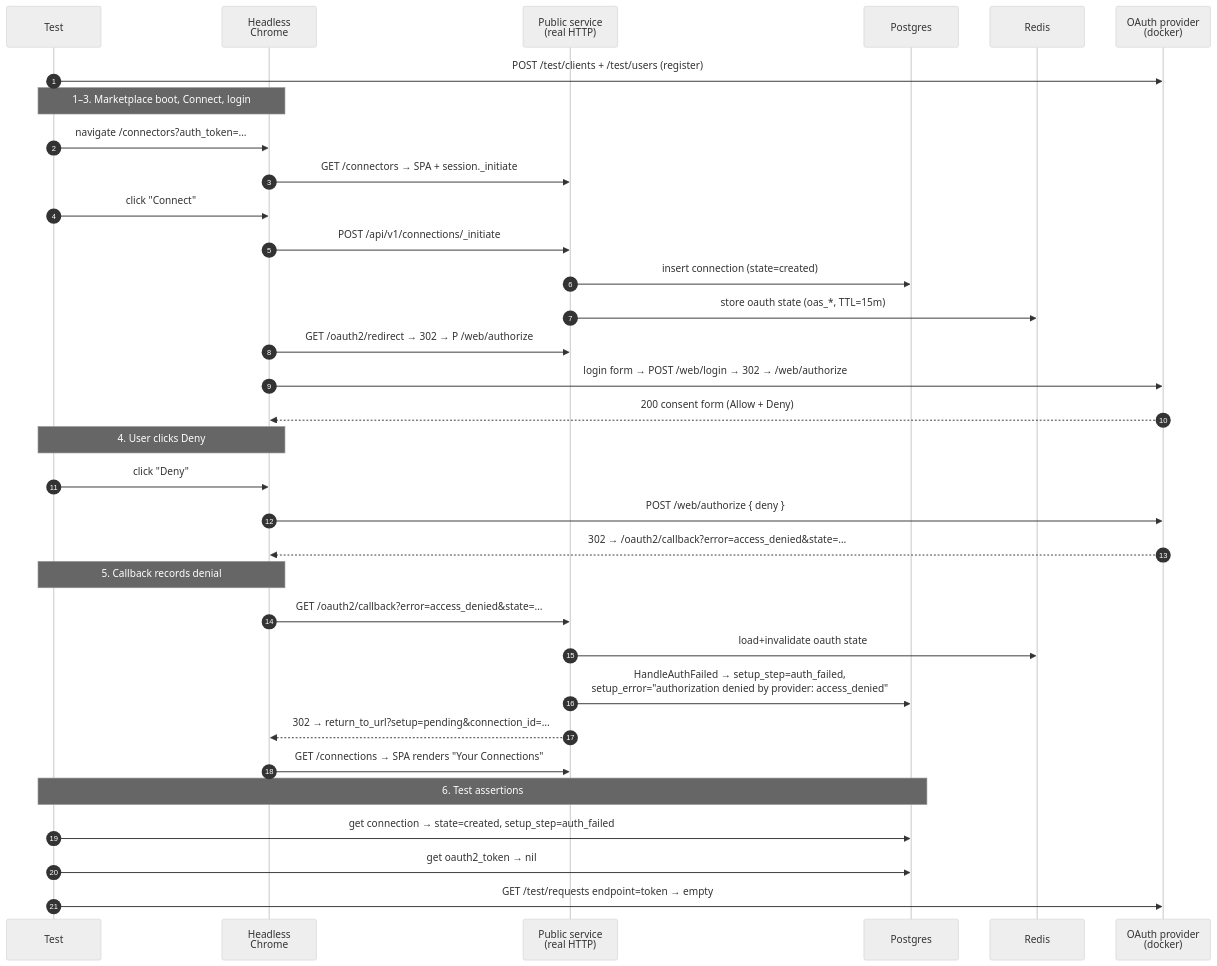
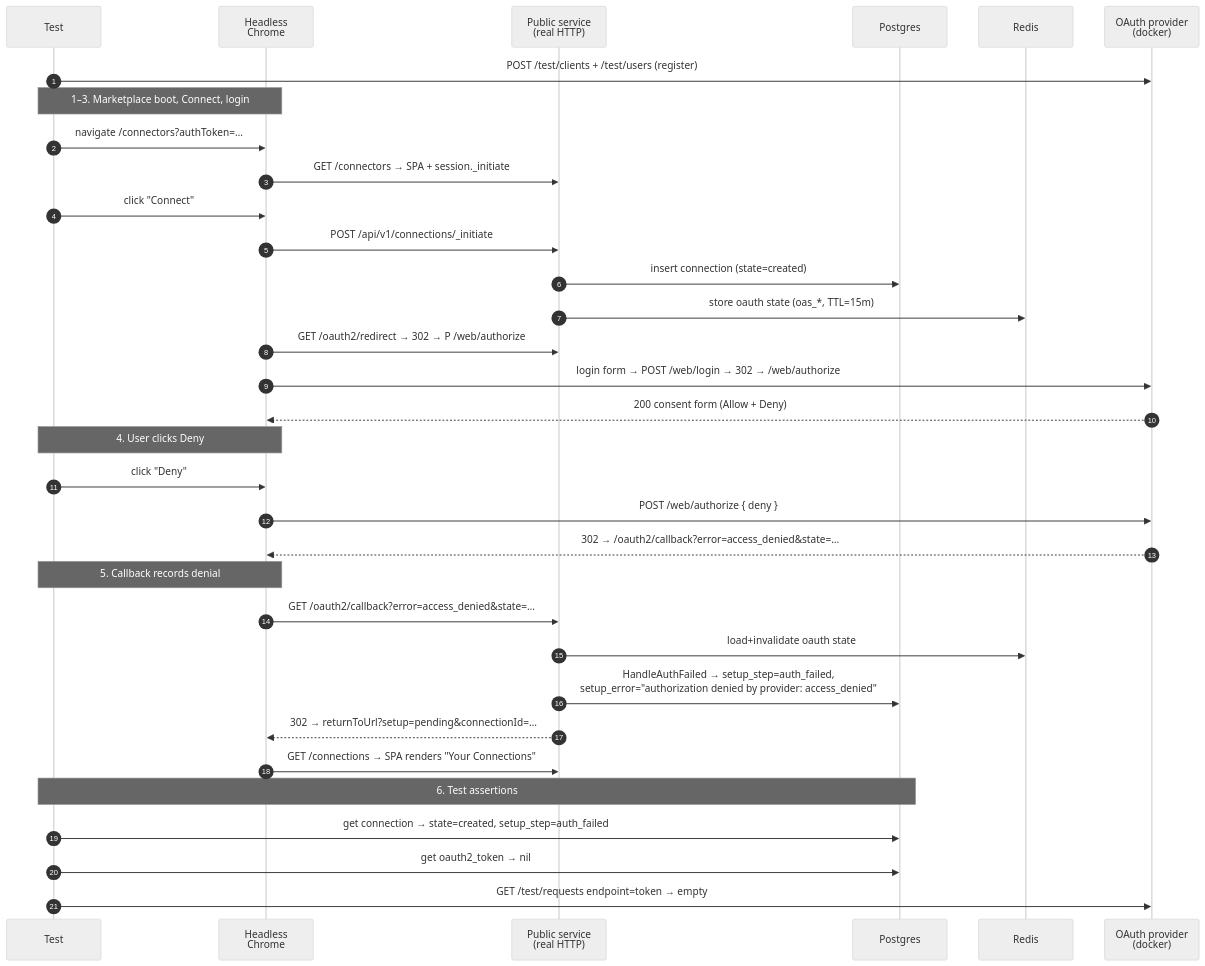
Before and after one commit to rmorlok/authproxy: the diagram in integration_tests/oauth2/user_denial_test.md, drawn with Mermaid (neutral theme). The commit also changed other lines of this file and 228 other files, not shown here.

````diff
--- a/integration_tests/oauth2/user_denial_test.md
+++ b/integration_tests/oauth2/user_denial_test.md
@@ -61,40 +61,40 @@
 ```mermaid
 sequenceDiagram
     autonumber
     participant T as Test
     participant B as Headless<br/>Chrome
     participant PUB as Public service<br/>(real HTTP)
     participant DB as Postgres
     participant R as Redis
     participant P as OAuth provider<br/>(docker)
 
     T->>P: POST /test/clients + /test/users (register)
 
     Note over T,B: 1–3. Marketplace boot, Connect, login
-    T->>B: navigate /connectors?auth_token=…
+    T->>B: navigate /connectors?authToken=…
     B->>PUB: GET /connectors → SPA + session._initiate
     T->>B: click "Connect"
     B->>PUB: POST /api/v1/connections/_initiate
     PUB->>DB: insert connection (state=created)
     PUB->>R: store oauth state (oas_*, TTL=15m)
     B->>PUB: GET /oauth2/redirect → 302 → P /web/authorize
     B->>P: login form → POST /web/login → 302 → /web/authorize
     P-->>B: 200 consent form (Allow + Deny)
 
     Note over T,B: 4. User clicks Deny
     T->>B: click "Deny"
     B->>P: POST /web/authorize { deny }
     P-->>B: 302 → /oauth2/callback?error=access_denied&state=…
 
     Note over T,B: 5. Callback records denial
     B->>PUB: GET /oauth2/callback?error=access_denied&state=…
     PUB->>R: load+invalidate oauth state
     PUB->>DB: HandleAuthFailed → setup_step=auth_failed,<br/>setup_error="authorization denied by provider: access_denied"
-    PUB-->>B: 302 → return_to_url?setup=pending&connection_id=…
+    PUB-->>B: 302 → returnToUrl?setup=pending&connectionId=…
     B->>PUB: GET /connections → SPA renders "Your Connections"
 
     Note over T,DB: 6. Test assertions
     T->>DB: get connection → state=created, setup_step=auth_failed
     T->>DB: get oauth2_token → nil
     T->>P: GET /test/requests endpoint=token → empty
 ```
````
